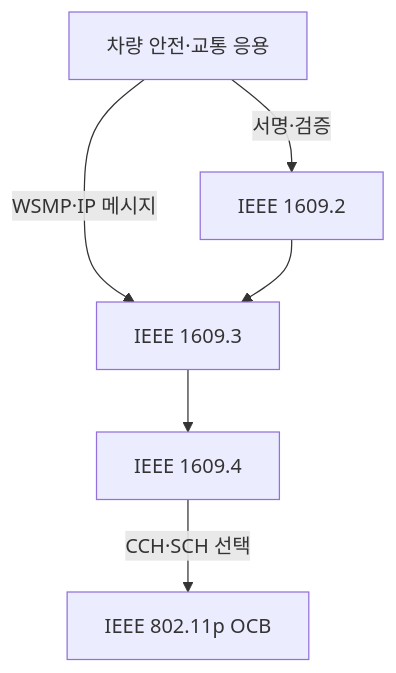
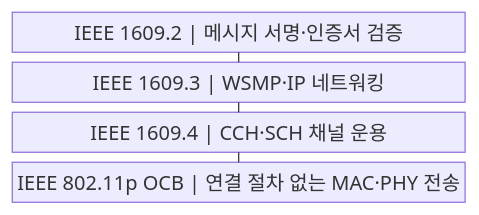
One commit to agnusdei1207/knowledge-base changed the first of 2 diagrams in src/content/docs/notes/04-network/051_ieee_802_11p_wave.md. Above: the diagram before and after it, drawn with Mermaid. The commit also changed other lines of this file and 20 other files, not shown here.

````diff
--- a/src/content/docs/notes/04-network/051_ieee_802_11p_wave.md
+++ b/src/content/docs/notes/04-network/051_ieee_802_11p_wave.md
@@ -56,13 +56,11 @@
 ```mermaid
-flowchart TB
-    APP[차량 안전·교통 응용]
-    SEC[IEEE 1609.2]
-    NET[IEEE 1609.3]
-    CH[IEEE 1609.4]
-    OCB[IEEE 802.11p OCB]
-    APP -->|서명·검증| SEC
-    APP -->|WSMP·IP 메시지| NET
-    SEC --> NET
-    NET --> CH
-    CH -->|CCH·SCH 선택| OCB
+block
+    columns 1
+    A["IEEE 1609.2 | 메시지 서명·인증서 검증"]
+    B["IEEE 1609.3 | WSMP·IP 네트워킹"]
+    C["IEEE 1609.4 | CCH·SCH 채널 운용"]
+    D["IEEE 802.11p OCB | 연결 절차 없는 MAC·PHY 전송"]
+    A --- B
+    B --- C
+    C --- D
 ```
````
